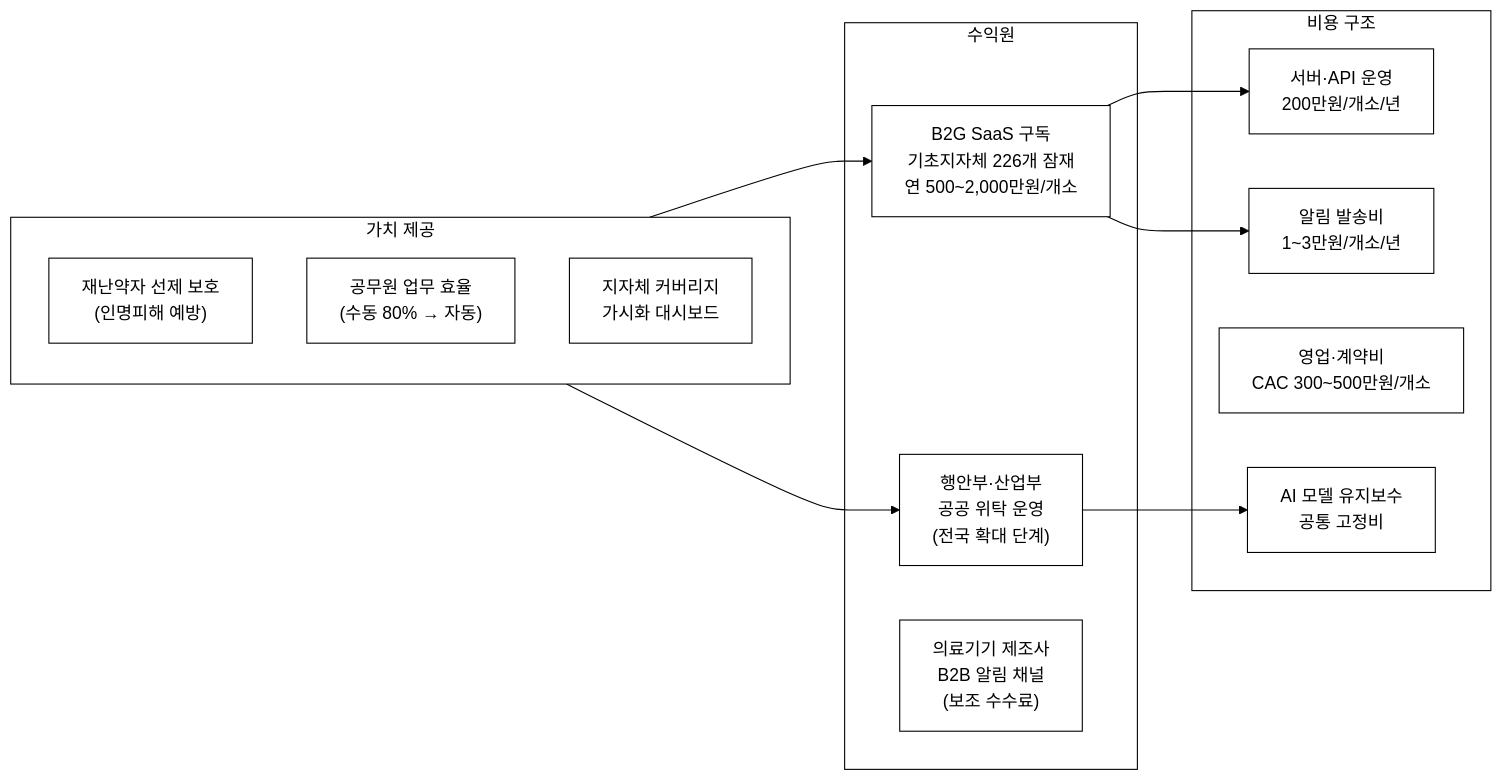
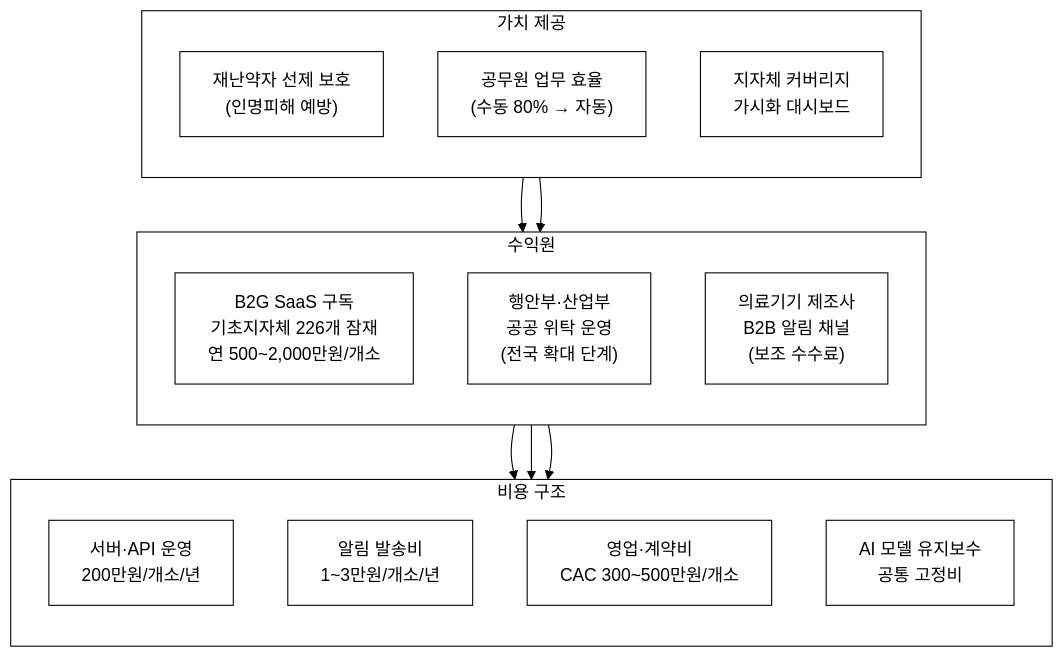
One commit to iamywl/pulicdata-congress changed the fifth of 5 diagrams in 34-정전위기-취약계층알림/biz/1_제안서.md. Above: the diagram before and after it, drawn with Mermaid. The commit also changed other lines of this file and 44 other files, not shown here.

````diff
--- a/34-정전위기-취약계층알림/biz/1_제안서.md
+++ b/34-정전위기-취약계층알림/biz/1_제안서.md
@@ -380,28 +384,31 @@
 ```mermaid
 %%{init: {'theme':'base','themeVariables':{'background':'#ffffff','primaryColor':'#ffffff','primaryBorderColor':'#000000','primaryTextColor':'#000000','secondaryColor':'#ffffff','secondaryBorderColor':'#000000','secondaryTextColor':'#000000','tertiaryColor':'#ffffff','tertiaryBorderColor':'#000000','tertiaryTextColor':'#000000','mainBkg':'#ffffff','secondBkg':'#ffffff','lineColor':'#000000','textColor':'#000000','clusterBkg':'#ffffff','clusterBorder':'#000000','edgeLabelBackground':'#ffffff','actorBkg':'#ffffff','actorBorder':'#000000','noteBkgColor':'#ffffff','noteBorderColor':'#000000','signalColor':'#000000','signalTextColor':'#000000','fontFamily':'Georgia, serif'}}}%%
-flowchart LR
+flowchart TB
     subgraph REVENUE["수익원"]
+        direction TB
         R1["B2G SaaS 구독<br/>기초지자체 226개 잠재<br/>연 500~2,000만원/개소"]
         R2["행안부·산업부<br/>공공 위탁 운영<br/>(전국 확대 단계)"]
         R3["의료기기 제조사<br/>B2B 알림 채널<br/>(보조 수수료)"]
     end
 
     subgraph COST["비용 구조"]
+        direction TB
         C1["서버·API 운영<br/>200만원/개소/년"]
         C2["알림 발송비<br/>1~3만원/개소/년"]
         C3["영업·계약비<br/>CAC 300~500만원/개소"]
         C4["AI 모델 유지보수<br/>공통 고정비"]
     end
 
     subgraph VALUE["가치 제공"]
+        direction TB
         V1["재난약자 선제 보호<br/>(인명피해 예방)"]
         V2["공무원 업무 효율<br/>(수동 80% → 자동)"]
         V3["지자체 커버리지<br/>가시화 대시보드"]
     end
 
     R1 --> C1
     R1 --> C2
     R2 --> C4
     VALUE --> R1
     VALUE --> R2
 ```
````
